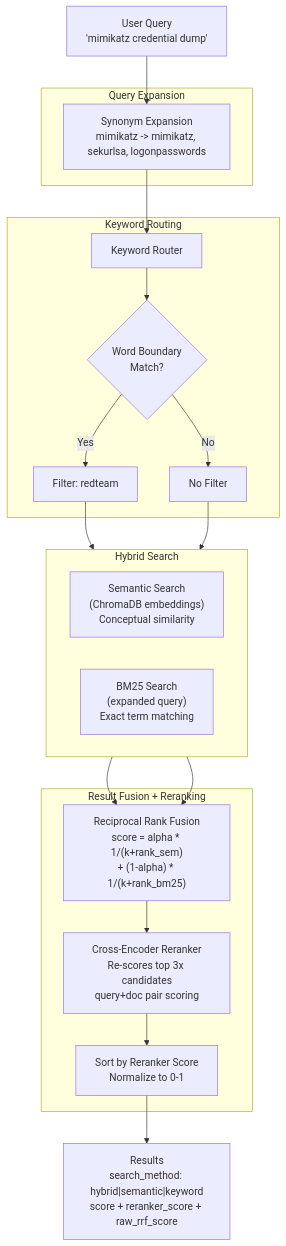
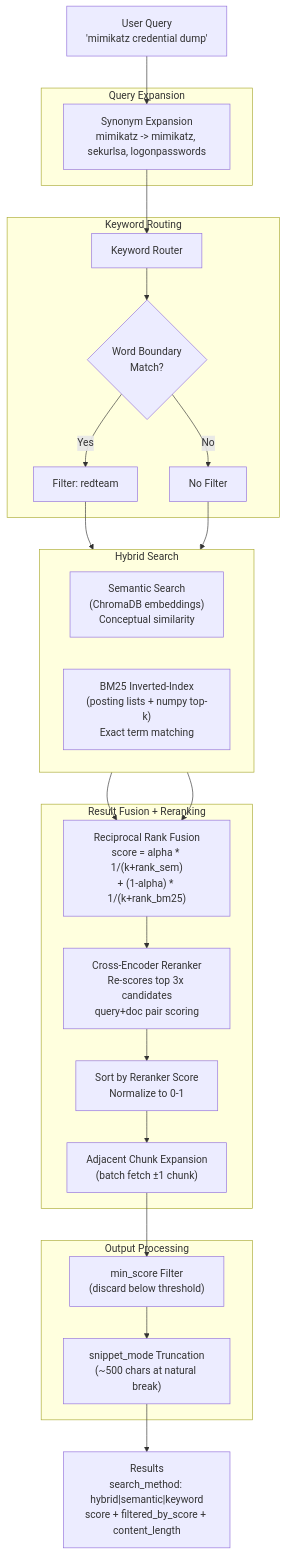
Before and after one commit to imakealol/knowledge-rag: the second of 4 diagrams in README.md, drawn with Mermaid. The commit also changed other lines of this file and 7 other files, not shown here.

First line of the commit message:
feat(search): inverted-index BM25 128x speedup + snippet_mode + min_score

````diff
--- a/README.md
+++ b/README.md
@@ -257,42 +267,51 @@
 ```mermaid
 flowchart TB
     QUERY["User Query<br/>'mimikatz credential dump'"] --> EXPAND
 
     subgraph EXPANSION["Query Expansion"]
         EXPAND["Synonym Expansion<br/>mimikatz -> mimikatz, sekurlsa, logonpasswords"]
     end
 
     EXPAND --> ROUTER
 
     subgraph ROUTING["Keyword Routing"]
         ROUTER["Keyword Router"]
         MATCH{"Word Boundary<br/>Match?"}
         CATEGORY["Filter: redteam"]
         NOFILTER["No Filter"]
 
         ROUTER --> MATCH
         MATCH -->|Yes| CATEGORY
         MATCH -->|No| NOFILTER
     end
 
     subgraph HYBRID["Hybrid Search"]
         direction LR
         SEMANTIC["Semantic Search<br/>(ChromaDB embeddings)<br/>Conceptual similarity"]
-        BM25["BM25 Search<br/>(expanded query)<br/>Exact term matching"]
+        BM25["BM25 Inverted-Index<br/>(posting lists + numpy top-k)<br/>Exact term matching"]
     end
 
     subgraph FUSION["Result Fusion + Reranking"]
         RRF["Reciprocal Rank Fusion<br/>score = alpha * 1/(k+rank_sem)<br/>+ (1-alpha) * 1/(k+rank_bm25)"]
         RERANK["Cross-Encoder Reranker<br/>Re-scores top 3x candidates<br/>query+doc pair scoring"]
         SORT["Sort by Reranker Score<br/>Normalize to 0-1"]
+        ADJ["Adjacent Chunk Expansion<br/>(batch fetch ±1 chunk)"]
 
-        RRF --> RERANK --> SORT
+        RRF --> RERANK --> SORT --> ADJ
+    end
+
+    subgraph OUTPUT["Output Processing"]
+        MINSCORE["min_score Filter<br/>(discard below threshold)"]
+        SNIPPET["snippet_mode Truncation<br/>(~500 chars at natural break)"]
+
+        MINSCORE --> SNIPPET
     end
 
     CATEGORY --> HYBRID
     NOFILTER --> HYBRID
     SEMANTIC --> RRF
     BM25 --> RRF
 
-    SORT --> RESULTS["Results<br/>search_method: hybrid|semantic|keyword<br/>score + reranker_score + raw_rrf_score"]
+    ADJ --> MINSCORE
+    SNIPPET --> RESULTS["Results<br/>search_method: hybrid|semantic|keyword<br/>score + filtered_by_score + content_length"]
 ```
````
